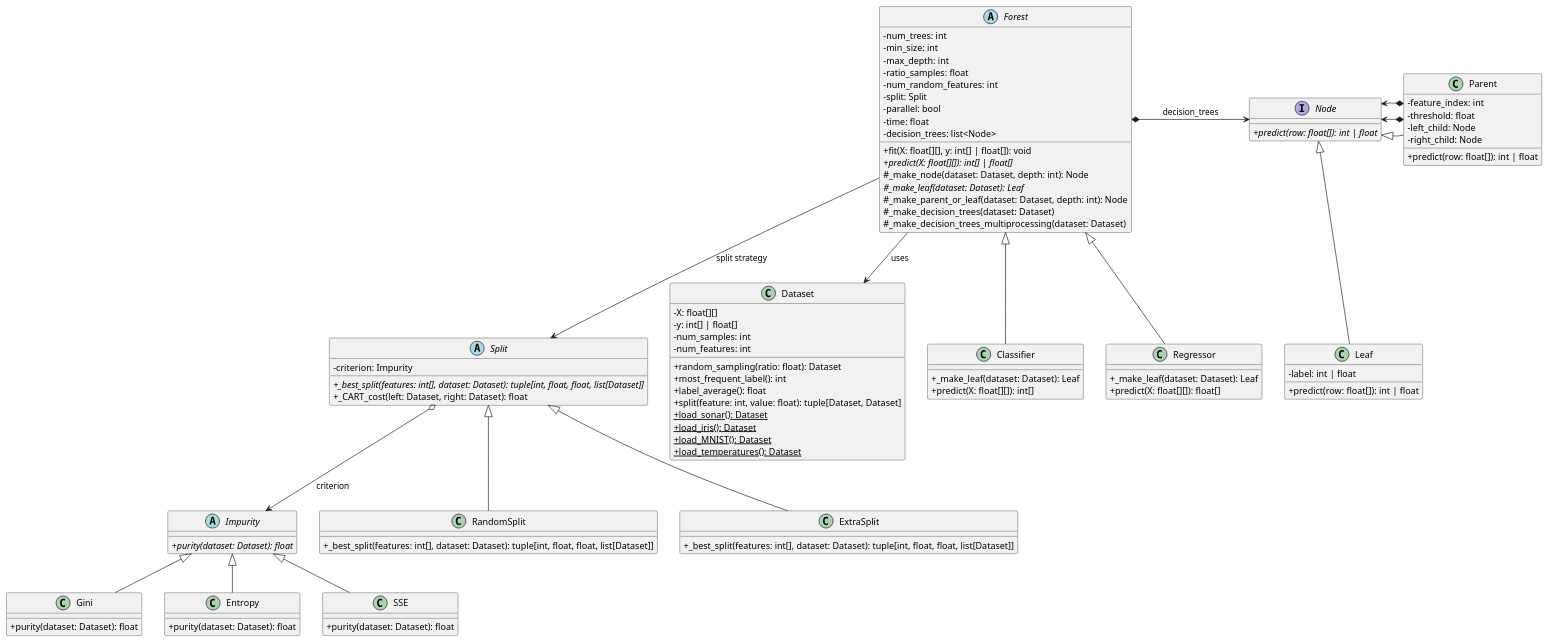
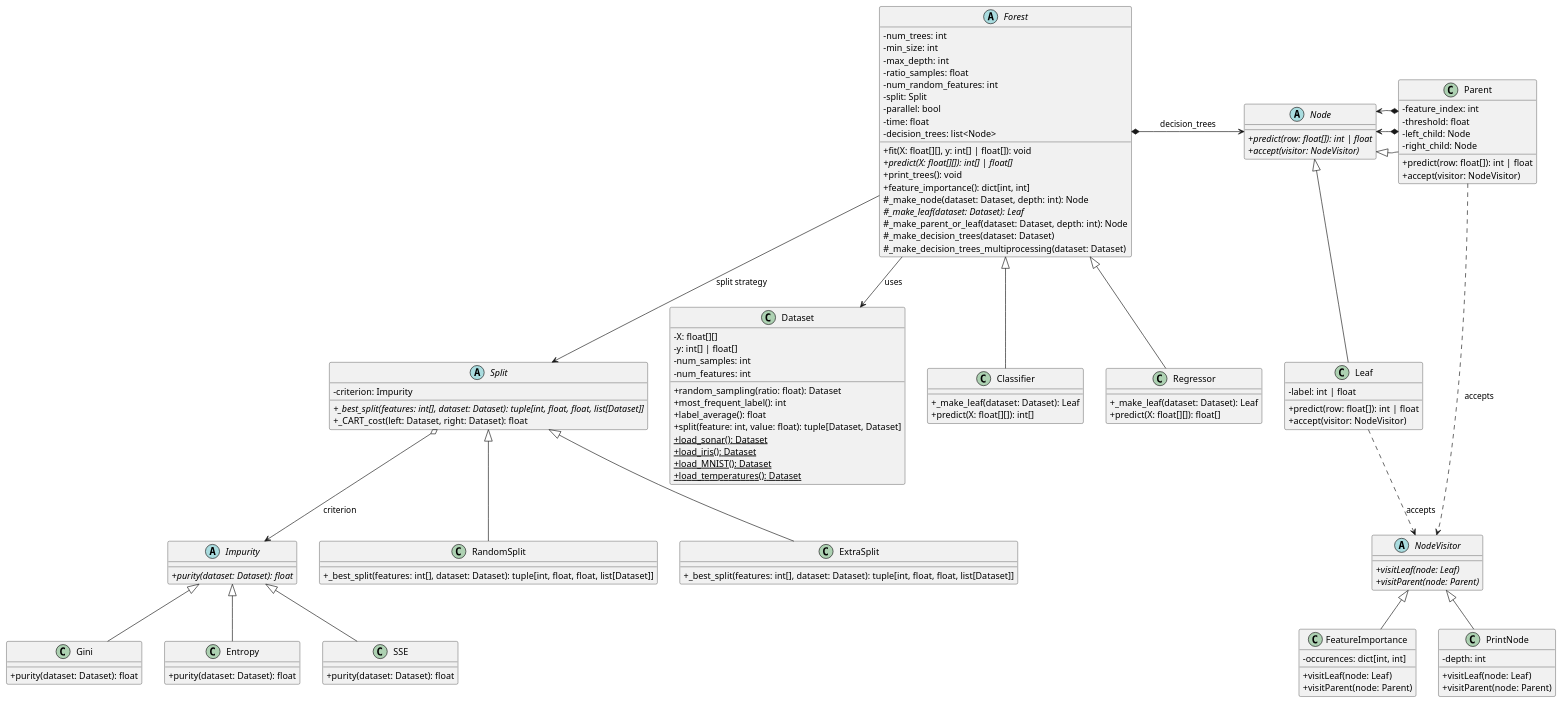
Before and after one commit to NIU1703664/OOP: the diagram in practica/design.puml, drawn with PlantUML. The commit also changed other lines of this file and 1 other file, not shown here.

Commit message:
UML final version

```diff
--- a/practica/design.puml
+++ b/practica/design.puml
@@ -1,115 +1,139 @@
 @startuml
 skinparam classAttributeIconSize 0
 skinparam noteFontSize 11
 
 abstract class Impurity {
   {abstract}+ purity(dataset: Dataset): float
 }
 
 class Gini {
   + purity(dataset: Dataset): float
 }
 
 class Entropy {
   + purity(dataset: Dataset): float
 }
 
 class SSE {
   + purity(dataset: Dataset): float
 }
-
-Impurity <|-- Gini
-Impurity <|-- Entropy
-Impurity <|-- SSE
 
 abstract class Split {
   - criterion: Impurity
   {abstract}+ _best_split(features: int[], dataset: Dataset): tuple[int, float, float, list[Dataset]]
   + _CART_cost(left: Dataset, right: Dataset): float
 }
 
 class RandomSplit {
   + _best_split(features: int[], dataset: Dataset): tuple[int, float, float, list[Dataset]]
 }
 
 class ExtraSplit {
   + _best_split(features: int[], dataset: Dataset): tuple[int, float, float, list[Dataset]]
 }
 
 class Dataset {
   - X: float[][]
   - y: int[] | float[]
   - num_samples: int
   - num_features: int
   
   + random_sampling(ratio: float): Dataset
   + most_frequent_label(): int
   + label_average(): float
   + split(feature: int, value: float): tuple[Dataset, Dataset]
   + load_sonar(): Dataset {static}
   + load_iris(): Dataset {static}
   + load_MNIST(): Dataset {static}
   + load_temperatures(): Dataset {static}
 }
 
-interface Node {
+abstract class Node {
   {abstract}+ predict(row: float[]): int | float
+  {abstract}+ accept(visitor: NodeVisitor)
 }
 
 class Leaf {
   - label: int | float
   + predict(row: float[]): int | float
+  + accept(visitor: NodeVisitor)
 }
 
 class Parent {
   - feature_index: int
   - threshold: float
   - left_child: Node
   - right_child: Node
   + predict(row: float[]): int | float
+  + accept(visitor: NodeVisitor)
+}
+
+abstract class NodeVisitor {
+  {abstract}+ visitLeaf(node: Leaf)
+  {abstract}+ visitParent(node: Parent)
+}
+
+class PrintNode {
+  - depth: int
+  + visitLeaf(node: Leaf)
+  + visitParent(node: Parent)
+}
+
+class FeatureImportance {
+  - occurences: dict[int, int]
+  + visitLeaf(node: Leaf)
+  + visitParent(node: Parent)
 }
 
 abstract class Forest {
   - num_trees: int
   - min_size: int
   - max_depth: int
   - ratio_samples: float
   - num_random_features: int
   - split: Split
   - parallel: bool
   - time: float
   - decision_trees: list<Node>
   
   + fit(X: float[][], y: int[] | float[]): void
   {abstract}+ predict(X: float[][]): int[] | float[]
+  + print_trees(): void
+  + feature_importance(): dict[int, int]
   # _make_node(dataset: Dataset, depth: int): Node
   {abstract}# _make_leaf(dataset: Dataset): Leaf
   # _make_parent_or_leaf(dataset: Dataset, depth: int): Node
   # _make_decision_trees(dataset: Dataset)
   # _make_decision_trees_multiprocessing(dataset: Dataset)
 }
 
 class Classifier {
   + _make_leaf(dataset: Dataset): Leaf
   + predict(X: float[][]): int[]
 }
 
 class Regressor {
   + _make_leaf(dataset: Dataset): Leaf
   + predict(X: float[][]): float[]
 }
 
+Impurity <|-- Gini
+Impurity <|-- Entropy
+Impurity <|-- SSE
 Forest <|-- Classifier
 Forest <|-- Regressor
 Forest *-right-> Node : decision_trees
 Forest --> Split : split strategy
 Forest --> Dataset : uses
-Split o--> Impurity : criterion
 Node <|-- Leaf
 Node <|-- Parent
 Parent *-left-> Node
 Parent *-right-> Node
+Split o--> Impurity : criterion
 Split <|-- RandomSplit
 Split <|-- ExtraSplit
-
+NodeVisitor <|-- PrintNode
+NodeVisitor <|-- FeatureImportance
+Leaf ..> NodeVisitor : accepts
+Parent ..> NodeVisitor : accepts
 @enduml
```
